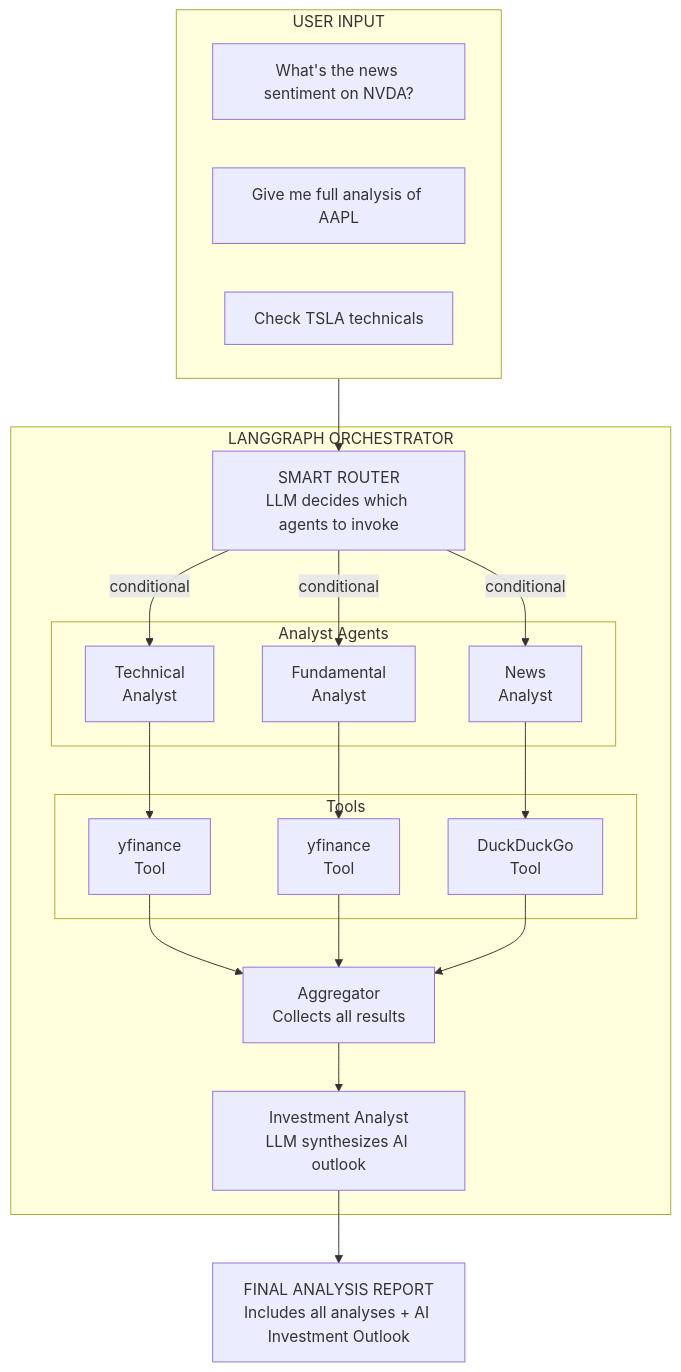
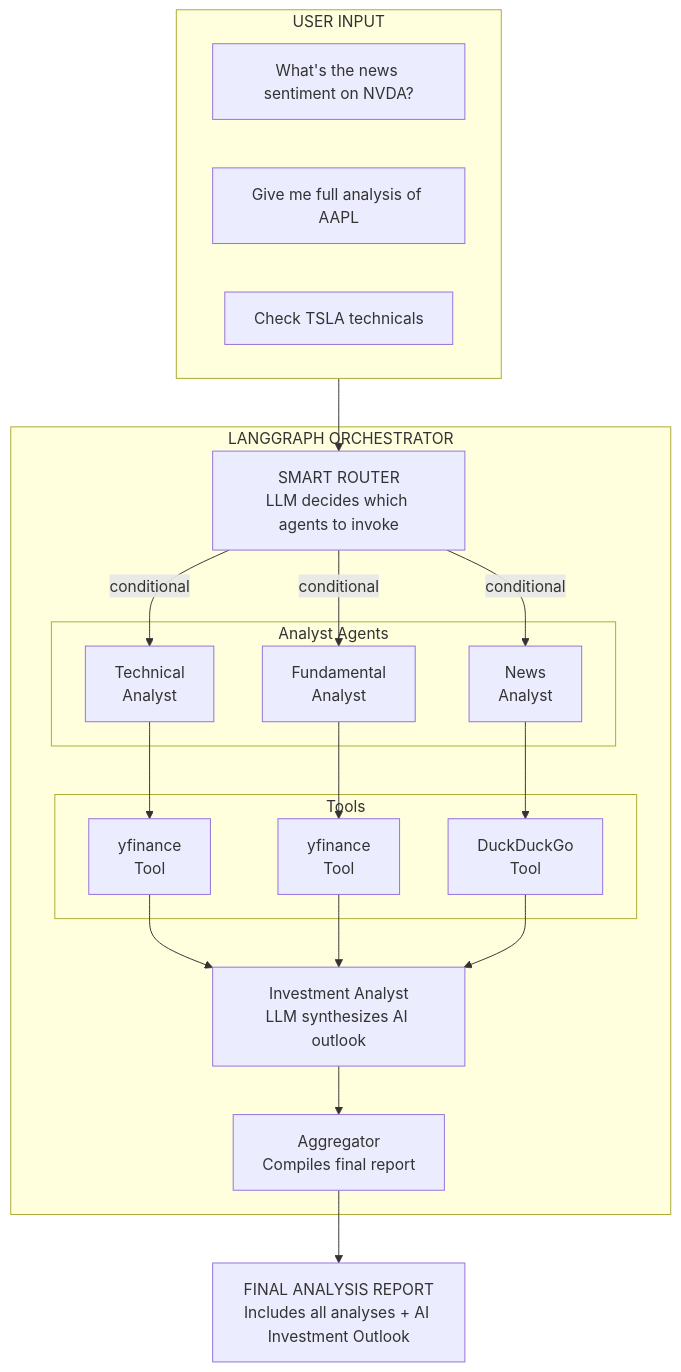
Before and after one commit to michaelzus/ThinkOnlyOnce: the first of 2 diagrams in docs/SDD.md, drawn with Mermaid. The commit also changed other lines of this file and 5 other files, not shown here.

````diff
--- a/docs/SDD.md
+++ b/docs/SDD.md
@@ -40,42 +40,42 @@
 ```mermaid
 flowchart TB
     subgraph Input["USER INPUT"]
         Q1["What's the news sentiment on NVDA?"]
         Q2["Give me full analysis of AAPL"]
         Q3["Check TSLA technicals"]
     end
 
     subgraph Orchestrator["LANGGRAPH ORCHESTRATOR"]
         Router["SMART ROUTER<br/>LLM decides which agents to invoke"]
         
         Router -->|conditional| TA
         Router -->|conditional| FA
         Router -->|conditional| NA
         
         subgraph Agents["Analyst Agents"]
             TA["Technical<br/>Analyst"]
             FA["Fundamental<br/>Analyst"]
             NA["News<br/>Analyst"]
         end
         
         subgraph Tools["Tools"]
             YF1["yfinance<br/>Tool"]
             YF2["yfinance<br/>Tool"]
             DDG["DuckDuckGo<br/>Tool"]
         end
         
         TA --> YF1
         FA --> YF2
         NA --> DDG
         
-        YF1 --> Agg
-        YF2 --> Agg
-        DDG --> Agg
+        YF1 --> IA
+        YF2 --> IA
+        DDG --> IA
         
-        Agg["Aggregator<br/>Collects all results"]
-        Agg --> IA["Investment Analyst<br/>LLM synthesizes AI outlook"]
+        IA["Investment Analyst<br/>LLM synthesizes AI outlook"]
+        IA --> Agg["Aggregator<br/>Compiles final report"]
     end
 
     Input --> Router
-    IA --> Report["FINAL ANALYSIS REPORT<br/>Includes all analyses + AI Investment Outlook"]
+    Agg --> Report["FINAL ANALYSIS REPORT<br/>Includes all analyses + AI Investment Outlook"]
 ```
````
